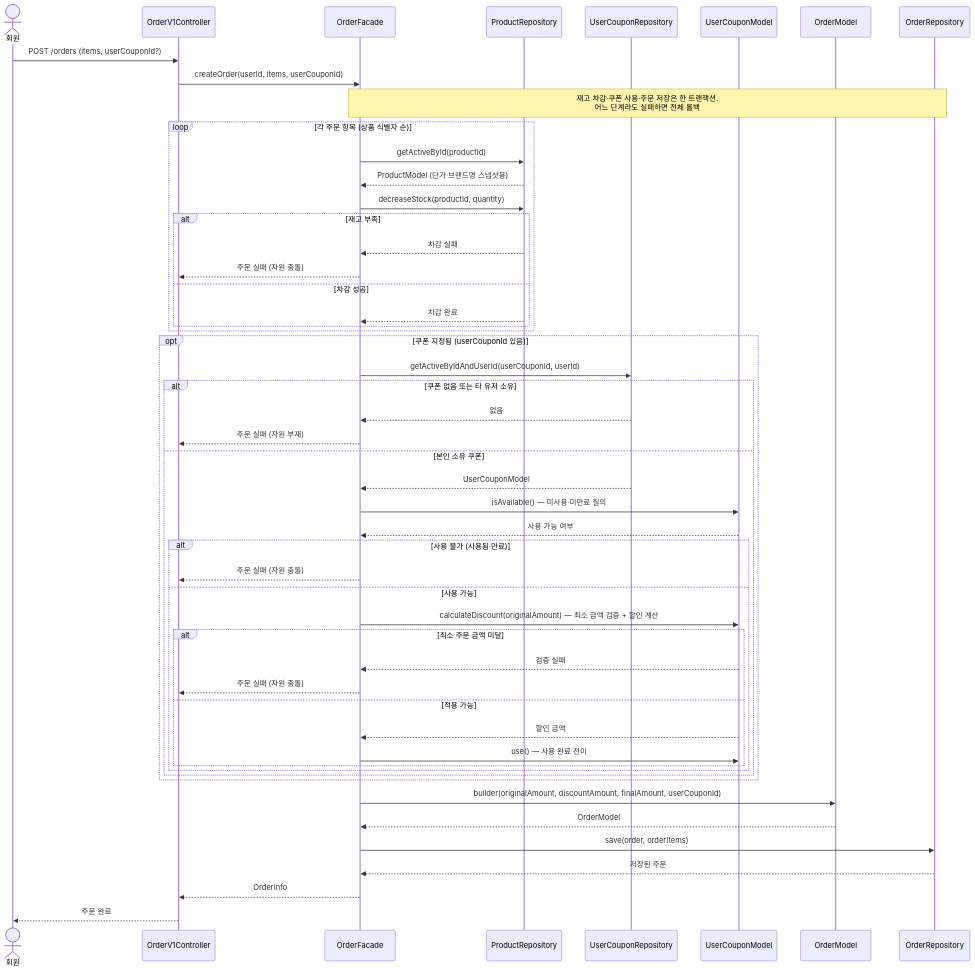
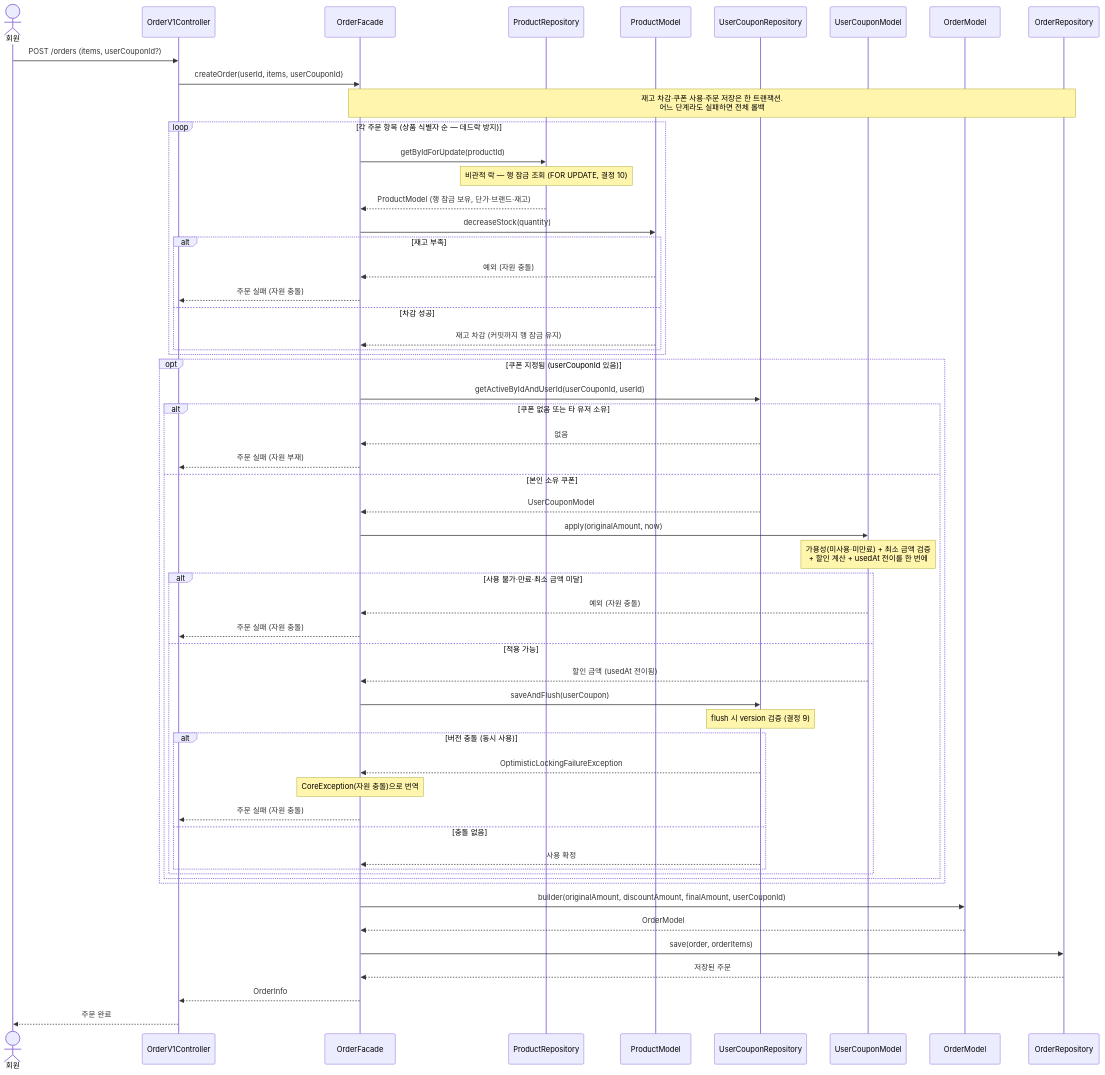
The second of 2 diagrams in docs/volume-4/02-sequence-diagrams.md (loopers-labs/loop-pack-be-l2-vol4-java), drawn with Mermaid before and after one commit. The commit also changed other lines of this file and 10 other files, not shown here.

````diff
--- a/docs/volume-4/02-sequence-diagrams.md
+++ b/docs/volume-4/02-sequence-diagrams.md
@@ -79,59 +79,64 @@
 ```mermaid
 sequenceDiagram
     actor 회원
     participant C as OrderV1Controller
     participant F as OrderFacade
     participant PR as ProductRepository
+    participant P as ProductModel
     participant UCR as UserCouponRepository
     participant UC as UserCouponModel
     participant O as OrderModel
     participant OR as OrderRepository
 
     회원->>C: POST /orders (items, userCouponId?)
     C->>F: createOrder(userId, items, userCouponId)
 
     Note over F,OR: 재고 차감·쿠폰 사용·주문 저장은 한 트랜잭션.<br/>어느 단계라도 실패하면 전체 롤백
 
-    loop 각 주문 항목 (상품 식별자 순)
-        F->>PR: getActiveById(productId)
-        PR-->>F: ProductModel (단가·브랜드명 스냅샷용)
-        F->>PR: decreaseStock(productId, quantity)
+    loop 각 주문 항목 (상품 식별자 순 — 데드락 방지)
+        F->>PR: getByIdForUpdate(productId)
+        Note over PR: 비관적 락 — 행 잠금 조회 (FOR UPDATE, 결정 10)
+        PR-->>F: ProductModel (행 잠금 보유, 단가·브랜드·재고)
+        F->>P: decreaseStock(quantity)
         alt 재고 부족
-            PR-->>F: 차감 실패
+            P-->>F: 예외 (자원 충돌)
             F-->>C: 주문 실패 (자원 충돌)
         else 차감 성공
-            PR-->>F: 차감 완료
+            P-->>F: 재고 차감 (커밋까지 행 잠금 유지)
         end
     end
 
     opt 쿠폰 지정됨 (userCouponId 있음)
         F->>UCR: getActiveByIdAndUserId(userCouponId, userId)
         alt 쿠폰 없음 또는 타 유저 소유
             UCR-->>F: 없음
             F-->>C: 주문 실패 (자원 부재)
         else 본인 소유 쿠폰
             UCR-->>F: UserCouponModel
-            F->>UC: isAvailable() — 미사용·미만료 질의
-            UC-->>F: 사용 가능 여부
-            alt 사용 불가 (사용됨·만료)
+            F->>UC: apply(originalAmount, now)
+            Note over UC: 가용성(미사용·미만료) + 최소 금액 검증<br/>+ 할인 계산 + usedAt 전이를 한 번에
+            alt 사용 불가·만료·최소 금액 미달
+                UC-->>F: 예외 (자원 충돌)
                 F-->>C: 주문 실패 (자원 충돌)
-            else 사용 가능
-                F->>UC: calculateDiscount(originalAmount) — 최소 금액 검증 + 할인 계산
-                alt 최소 주문 금액 미달
-                    UC-->>F: 검증 실패
+            else 적용 가능
+                UC-->>F: 할인 금액 (usedAt 전이됨)
+                F->>UCR: saveAndFlush(userCoupon)
+                Note over UCR: flush 시 version 검증 (결정 9)
+                alt 버전 충돌 (동시 사용)
+                    UCR-->>F: OptimisticLockingFailureException
+                    Note over F: CoreException(자원 충돌)으로 번역
                     F-->>C: 주문 실패 (자원 충돌)
-                else 적용 가능
-                    UC-->>F: 할인 금액
-                    F->>UC: use() — 사용 완료 전이
+                else 충돌 없음
+                    UCR-->>F: 사용 확정
                 end
             end
         end
     end
 
     F->>O: builder(originalAmount, discountAmount, finalAmount, userCouponId)
     O-->>F: OrderModel
     F->>OR: save(order, orderItems)
     OR-->>F: 저장된 주문
     F-->>C: OrderInfo
     C-->>회원: 주문 완료
 ```
````
